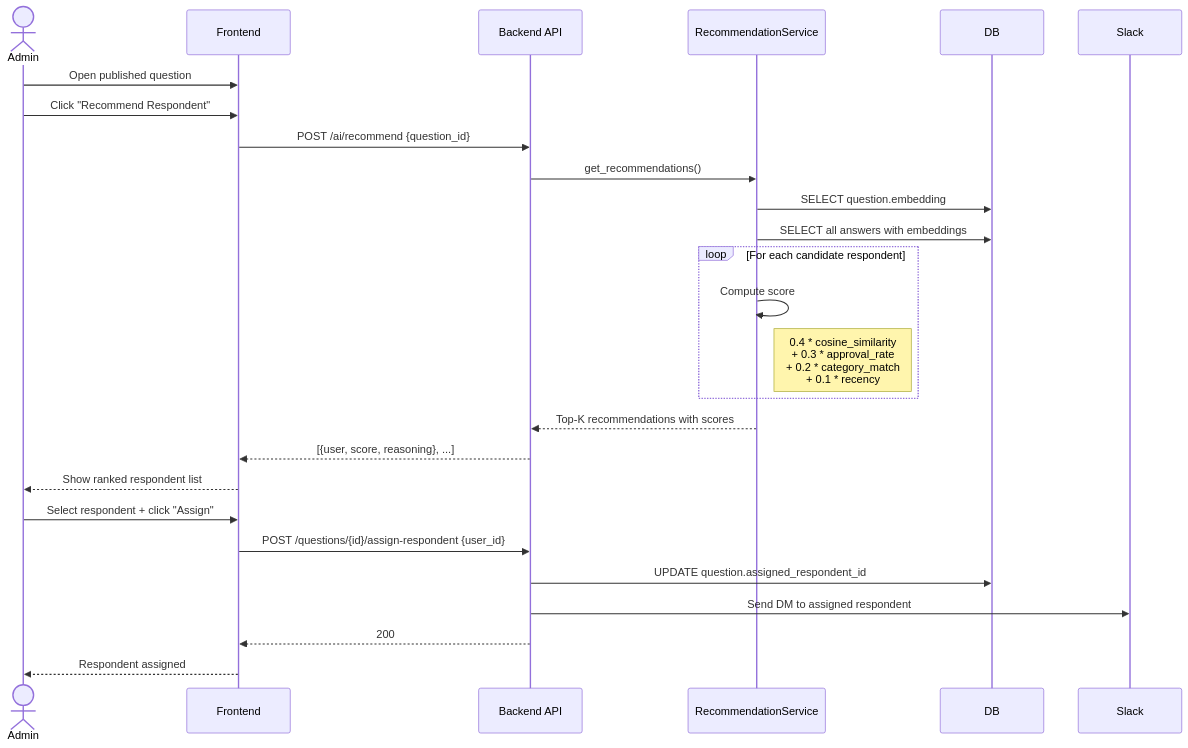
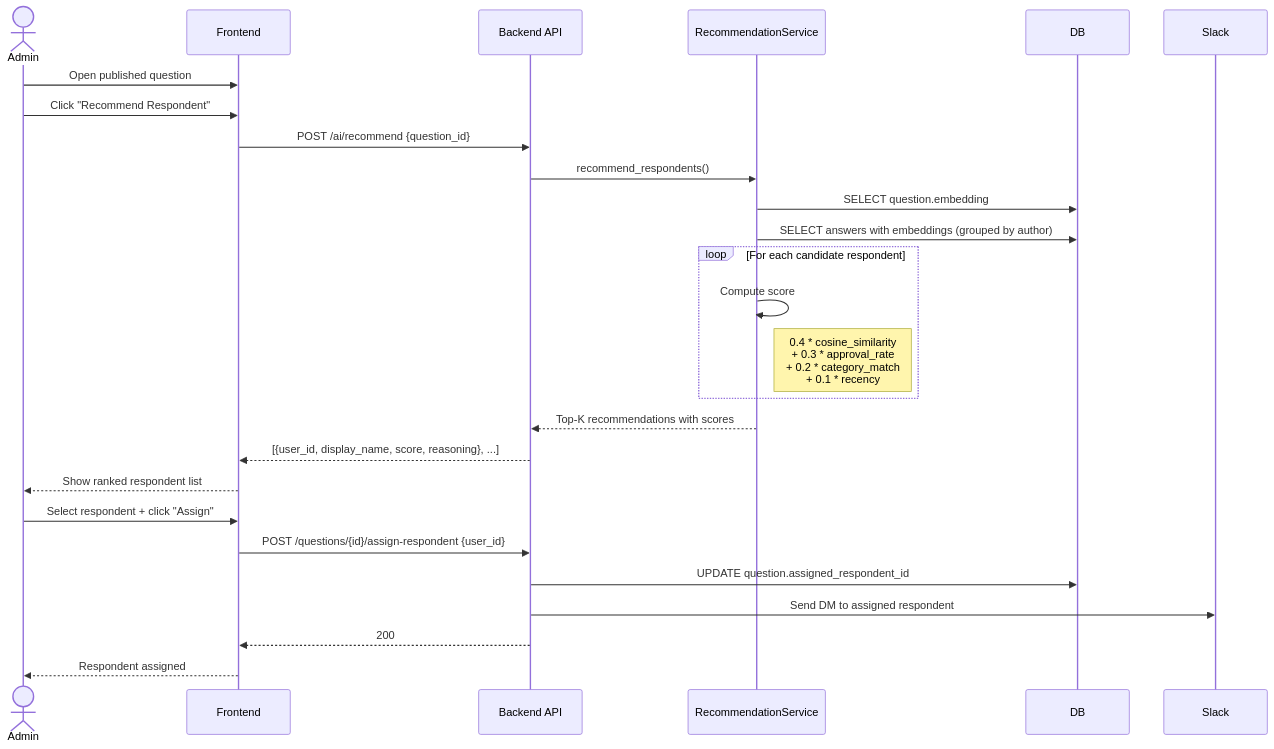
Diagram 11 of 17 in docs/sequence-diagrams.md (keytech42/tacit-knowledge-elicitation), drawn with Mermaid before and after one commit. The commit also changed other lines of this file, not shown here.

First line of the commit message:
Fix sequence diagram inaccuracies and add state machine notes

````diff
--- a/docs/sequence-diagrams.md
+++ b/docs/sequence-diagrams.md
@@ -436,32 +454,32 @@
 ```mermaid
 sequenceDiagram
     actor Admin
     participant Frontend
     participant Backend as Backend API
     participant RecService as RecommendationService
     participant DB
 
     Admin->>Frontend: Open published question
     Admin->>Frontend: Click "Recommend Respondent"
     Frontend->>Backend: POST /ai/recommend {question_id}
 
-    Backend->>RecService: get_recommendations()
+    Backend->>RecService: recommend_respondents()
     RecService->>DB: SELECT question.embedding
-    RecService->>DB: SELECT all answers with embeddings
+    RecService->>DB: SELECT answers with embeddings (grouped by author)
 
     loop For each candidate respondent
         RecService->>RecService: Compute score
         Note right of RecService: 0.4 * cosine_similarity<br/>+ 0.3 * approval_rate<br/>+ 0.2 * category_match<br/>+ 0.1 * recency
     end
 
     RecService-->>Backend: Top-K recommendations with scores
-    Backend-->>Frontend: [{user, score, reasoning}, ...]
+    Backend-->>Frontend: [{user_id, display_name, score, reasoning}, ...]
     Frontend-->>Admin: Show ranked respondent list
 
     Admin->>Frontend: Select respondent + click "Assign"
     Frontend->>Backend: POST /questions/{id}/assign-respondent {user_id}
     Backend->>DB: UPDATE question.assigned_respondent_id
     Backend->>Slack: Send DM to assigned respondent
     Backend-->>Frontend: 200
     Frontend-->>Admin: Respondent assigned
 ```
````
